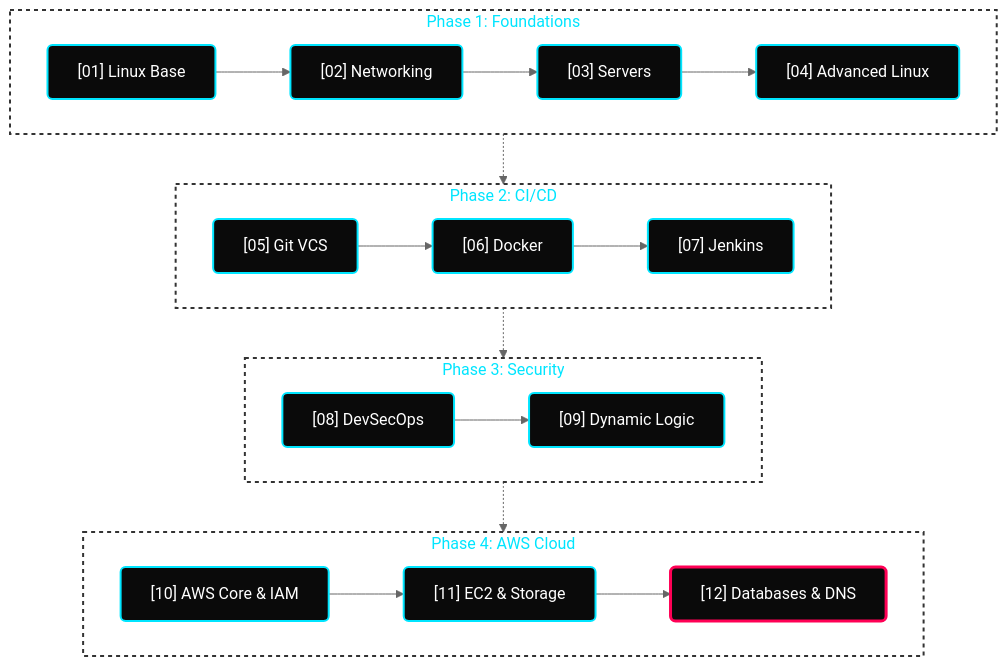
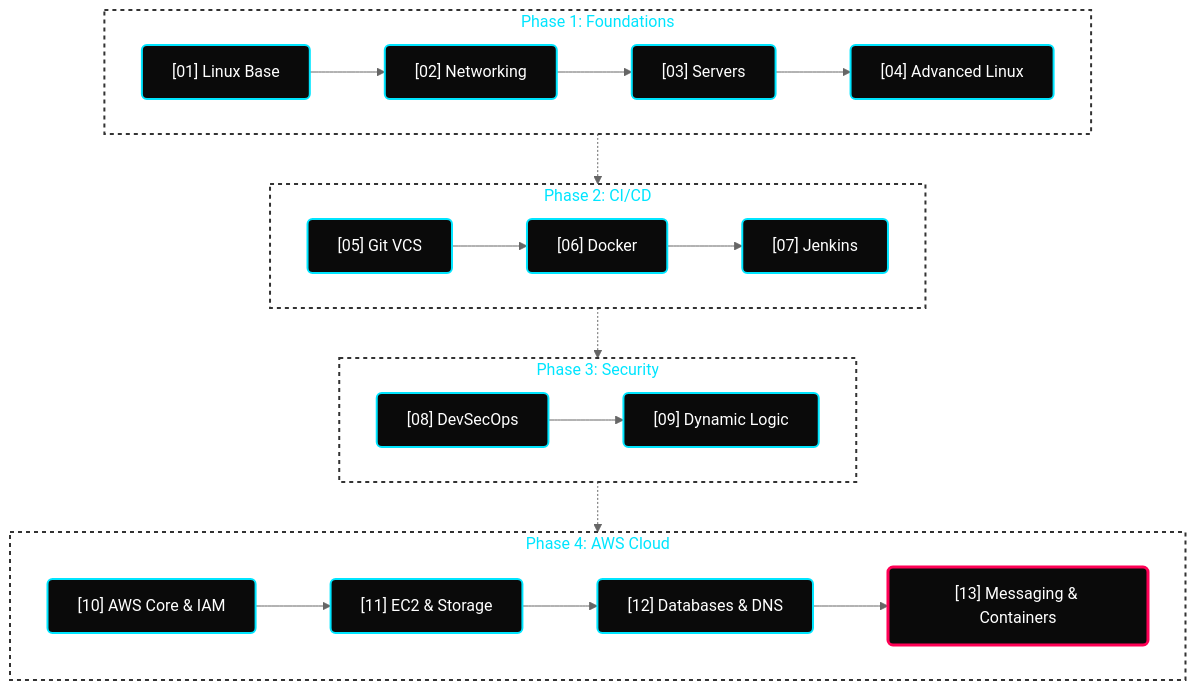
The diagram in README.md (hridyen/DevOps-Survival-Roadmap), drawn with Mermaid (neutral theme) before and after one commit. The commit also changed other lines of this file and 13 other files, not shown here.

````diff
--- a/README.md
+++ b/README.md
@@ -86,28 +91,28 @@
 ```mermaid
 flowchart TD
     classDef default fill:#0A0A0A,stroke:#00E5FF,stroke-width:2px,color:#FFFFFF,rx:5px,ry:5px;
     classDef active fill:#0A0A0A,stroke:#FF0055,stroke-width:3px,color:#FFFFFF,rx:5px,ry:5px;
     classDef phase fill:transparent,stroke:#333333,stroke-width:2px,stroke-dasharray: 4 4,color:#00E5FF;
 
     subgraph P1 [Phase 1: Foundations]
         A["[01] Linux Base"] --> B["[02] Networking"] --> C["[03] Servers"] --> D["[04] Advanced Linux"]
     end
 
     subgraph P2 [Phase 2: CI/CD]
         E["[05] Git VCS"] --> F["[06] Docker"] --> G["[07] Jenkins"]
     end
 
     subgraph P3 [Phase 3: Security]
         H["[08] DevSecOps"] --> I["[09] Dynamic Logic"]
     end
 
     subgraph P4 [Phase 4: AWS Cloud]
-        J["[10] AWS Core & IAM"] --> K["[11] EC2 & Storage"] --> L["[12] Databases & DNS"]:::active
+        J["[10] AWS Core & IAM"] --> K["[11] EC2 & Storage"] --> L["[12] Databases & DNS"] --> M["[13] Messaging & Containers"]:::active
     end
 
     P1 -.-> P2
     P2 -.-> P3
     P3 -.-> P4
     
     class P1,P2,P3,P4 phase;
 ```
````
